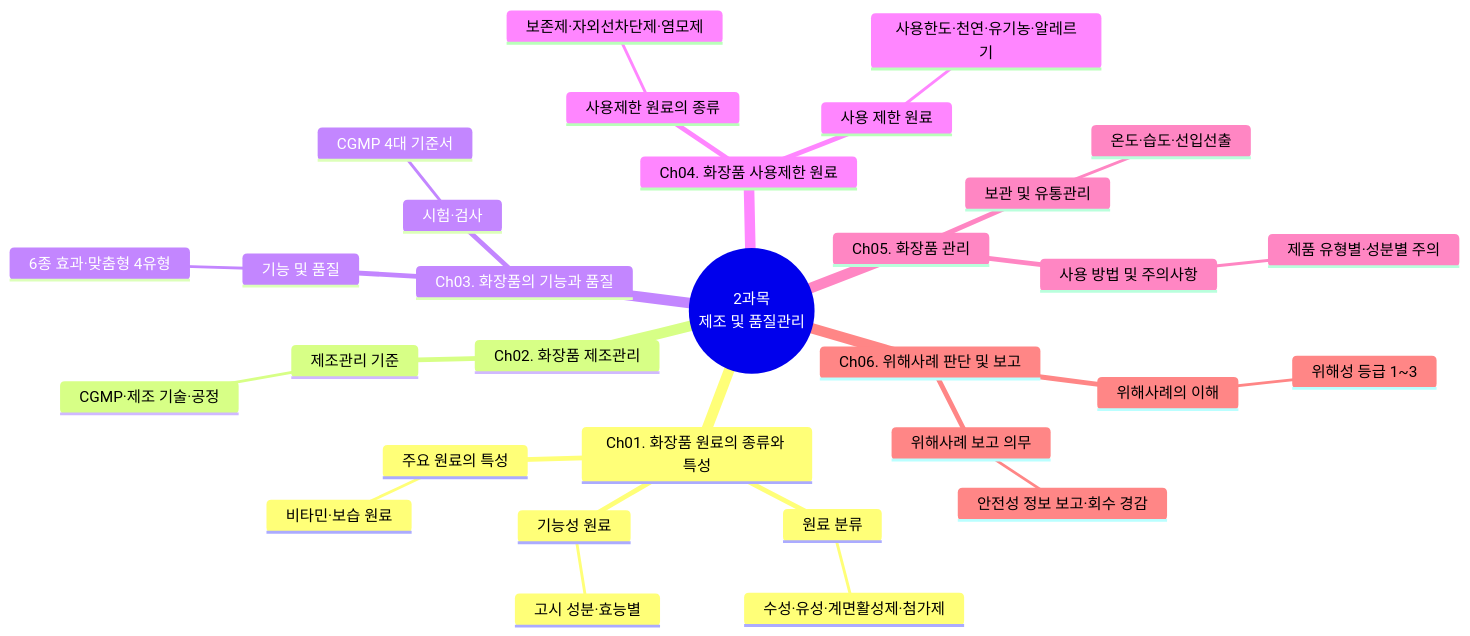
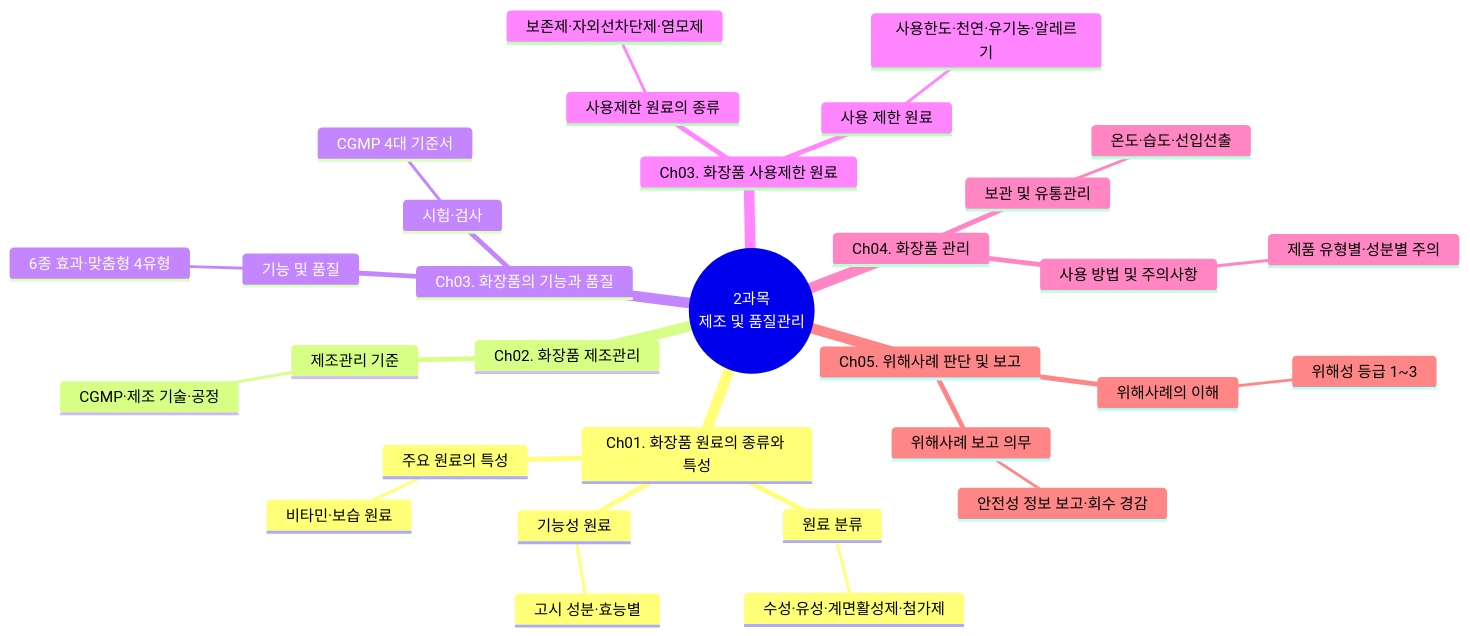
One commit to skygoldlee-cyber/Personalized_Skincare changed the first of 21 diagrams in content/교재/manufacturing/2과목_제조및품질관리_표준형.md. Above: the diagram before and after it, drawn with Mermaid. The commit also changed other lines of this file and 15 other files, not shown here.

````diff
--- a/content/교재/manufacturing/2과목_제조및품질관리_표준형.md
+++ b/content/교재/manufacturing/2과목_제조및품질관리_표준형.md
@@ -140,34 +140,34 @@
 ```mermaid
 mindmap
   root((2과목<br/>제조 및 품질관리))
     Ch01. 화장품 원료의 종류와 특성
       원료 분류
         수성·유성·계면활성제·첨가제
       주요 원료의 특성
         비타민·보습 원료
       기능성 원료
         고시 성분·효능별
     Ch02. 화장품 제조관리
       제조관리 기준
         CGMP·제조 기술·공정
     Ch03. 화장품의 기능과 품질
       기능 및 품질
         6종 효과·맞춤형 4유형
       시험·검사
         CGMP 4대 기준서
-    Ch04. 화장품 사용제한 원료
+    Ch03. 화장품 사용제한 원료
       사용제한 원료의 종류
         보존제·자외선차단제·염모제
       사용 제한 원료
         사용한도·천연·유기농·알레르기
-    Ch05. 화장품 관리
+    Ch04. 화장품 관리
       보관 및 유통관리
         온도·습도·선입선출
       사용 방법 및 주의사항
         제품 유형별·성분별 주의
-    Ch06. 위해사례 판단 및 보고
+    Ch05. 위해사례 판단 및 보고
       위해사례의 이해
         위해성 등급 1~3
       위해사례 보고 의무
         안전성 정보 보고·회수 경감
 ```
````
